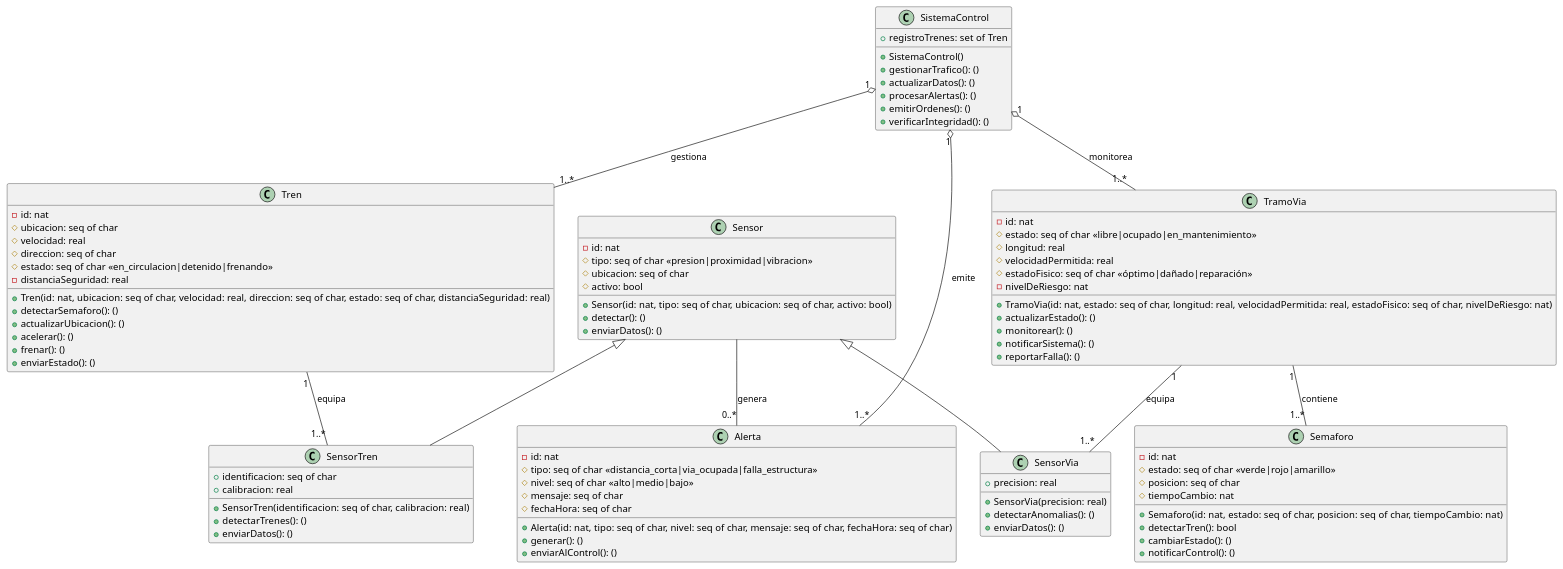
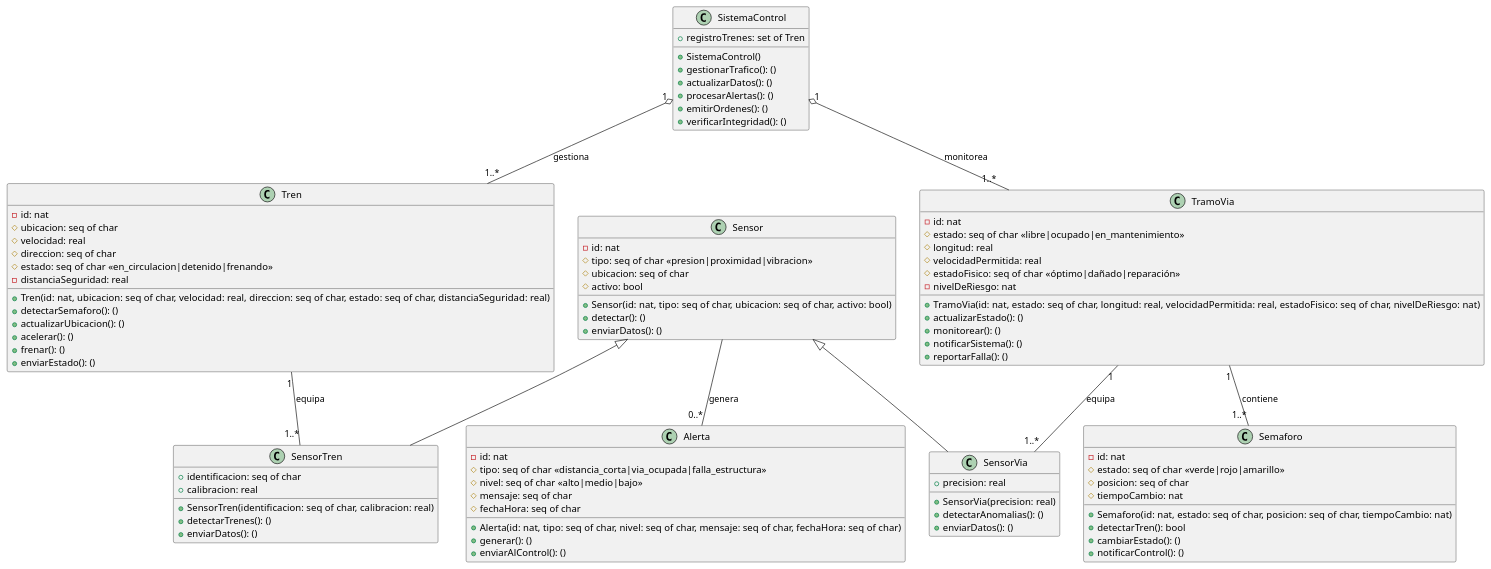
The diagram in diagrama de clases/trafico-de-trenes.wsd (RodrigoStranger/mf-trafico-de-trenes), drawn with PlantUML before and after one commit.

```diff
--- a/diagrama de clases/trafico-de-trenes.wsd
+++ b/diagrama de clases/trafico-de-trenes.wsd
@@ -1,106 +1,105 @@
 @startuml trafico de trenes
 
 class Tren {
     -id: nat
     #ubicacion: seq of char
     #velocidad: real
     #direccion: seq of char
     #estado: seq of char <<en_circulacion|detenido|frenando>>
     -distanciaSeguridad: real
     +Tren(id: nat, ubicacion: seq of char, velocidad: real, direccion: seq of char, estado: seq of char, distanciaSeguridad: real)
     +detectarSemaforo(): ()
     +actualizarUbicacion(): ()
     +acelerar(): ()
     +frenar(): ()
     +enviarEstado(): ()
 }
 
 class TramoVia {
     -id: nat
     #estado: seq of char <<libre|ocupado|en_mantenimiento>>
     #longitud: real
     #velocidadPermitida: real
     #estadoFisico: seq of char <<óptimo|dañado|reparación>>
     -nivelDeRiesgo: nat
     +TramoVia(id: nat, estado: seq of char, longitud: real, velocidadPermitida: real, estadoFisico: seq of char, nivelDeRiesgo: nat)
     +actualizarEstado(): ()
     +monitorear(): ()
     +notificarSistema(): ()
     +reportarFalla(): ()
 }
 
 class Sensor {
     -id: nat
     #tipo: seq of char <<presion|proximidad|vibracion>>
     #ubicacion: seq of char
     #activo: bool
     +Sensor(id: nat, tipo: seq of char, ubicacion: seq of char, activo: bool)
     +detectar(): ()
     +enviarDatos(): ()
 }
 
 class SensorTren {
     +identificacion: seq of char
     +calibracion: real
     +SensorTren(identificacion: seq of char, calibracion: real)
     +detectarTrenes(): ()
     +enviarDatos(): ()
 }
 
 class SensorVia {
     +precision: real
     +SensorVia(precision: real)
     +detectarAnomalias(): ()
     +enviarDatos(): ()
 }
 
 class Semaforo {
     -id: nat
     #estado: seq of char <<verde|rojo|amarillo>>
     #posicion: seq of char
     #tiempoCambio: nat
     +Semaforo(id: nat, estado: seq of char, posicion: seq of char, tiempoCambio: nat)
     +detectarTren(): bool
     +cambiarEstado(): ()
     +notificarControl(): ()
 }
 
 class Alerta {
     -id: nat
     #tipo: seq of char <<distancia_corta|via_ocupada|falla_estructura>>
     #nivel: seq of char <<alto|medio|bajo>>
     #mensaje: seq of char
     #fechaHora: seq of char
     +Alerta(id: nat, tipo: seq of char, nivel: seq of char, mensaje: seq of char, fechaHora: seq of char)
     +generar(): ()
     +enviarAlControl(): ()
 }
 
 class SistemaControl {
     +registroTrenes: set of Tren
     +SistemaControl()
     +gestionarTrafico(): ()
     +actualizarDatos(): ()
     +procesarAlertas(): ()
     +emitirOrdenes(): ()
     +verificarIntegridad(): ()
 }
 
 ' Herencia
 Sensor <|-- SensorTren
 Sensor <|-- SensorVia
 
 ' Relaciones del sistema
 SistemaControl "1" o-- "1..*" Tren : gestiona 
 SistemaControl "1" o-- "1..*" TramoVia : monitorea 
-SistemaControl "1" o-- "1..*" Alerta : emite 
 
 ' Relaciones entre entidades físicas
 TramoVia "1" -- "1..*" Semaforo : contiene 
 TramoVia "1" -- "1..*" SensorVia : equipa 
 Tren "1" -- "1..*" SensorTren : equipa
 
 ' Generación de alertas
 Sensor -- "0..*" Alerta : genera
 
 @enduml
```
